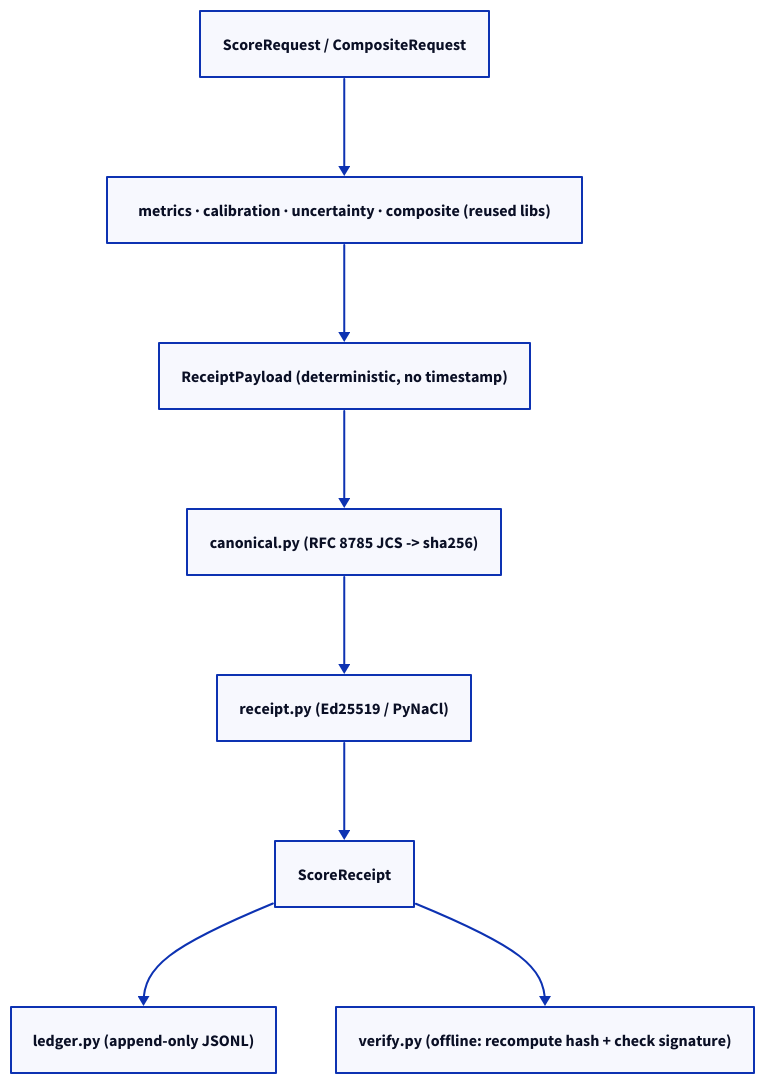
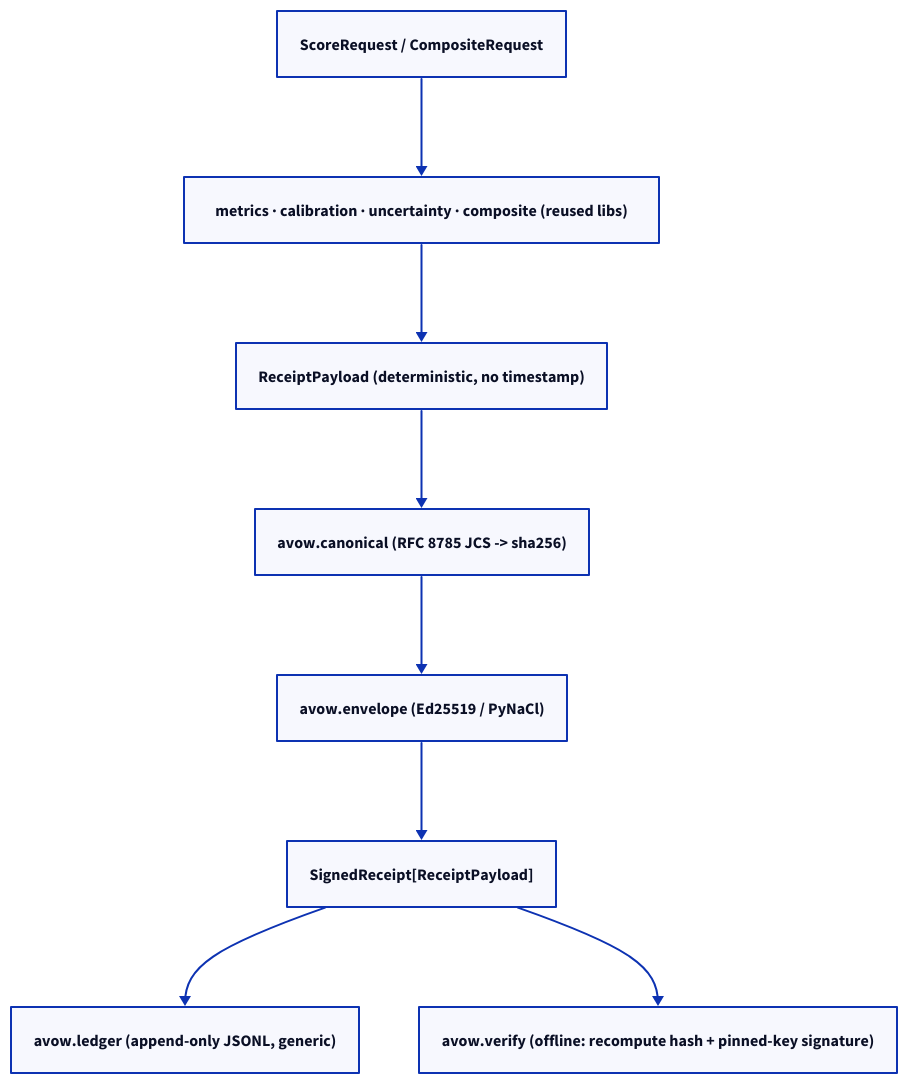
One commit to hseshadr/assay changed the second of 3 diagrams in docs/ARCHITECTURE.md. Above: the diagram before and after it, drawn with D2. The commit also changed other lines of this file and 3 other files, not shown here.

````diff
--- a/docs/ARCHITECTURE.md
+++ b/docs/ARCHITECTURE.md
@@ -7,14 +42,14 @@
 ```d2
-request: ScoreRequest / CompositeRequest
-compute: "metrics · calibration · uncertainty · composite (reused libs)"
-payload: ReceiptPayload (deterministic, no timestamp)
-hash: canonical.py (RFC 8785 JCS -> sha256)
-sign: receipt.py (Ed25519 / PyNaCl)
-receipt: ScoreReceipt
-ledger: ledger.py (append-only JSONL)
-verify: verify.py (offline: recompute hash + check signature)
+request: ScoreRequest / CompositeRequest        # assay
+compute: "metrics · calibration · uncertainty · composite (reused libs)"  # assay
+payload: ReceiptPayload (deterministic, no timestamp)  # assay.receipt
+hash: "avow.canonical (RFC 8785 JCS -> sha256)"
+sign: "avow.envelope (Ed25519 / PyNaCl)"
+receipt: "SignedReceipt[ReceiptPayload]"
+ledger: "avow.ledger (append-only JSONL, generic)"
+verify: "avow.verify (offline: recompute hash + pinned-key signature)"
 
 request -> compute -> payload -> hash -> sign -> receipt
 receipt -> ledger
 receipt -> verify
 ```
````
